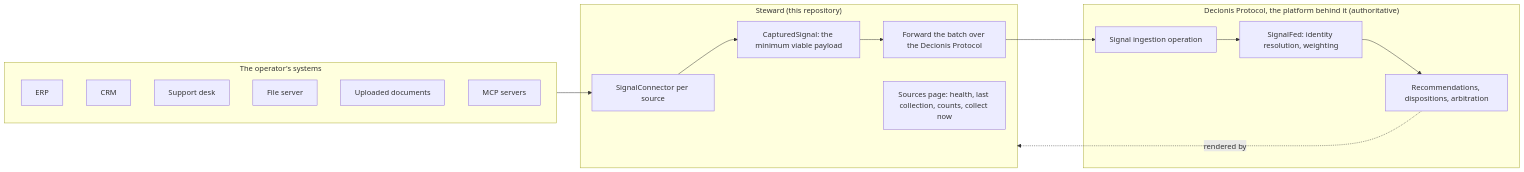
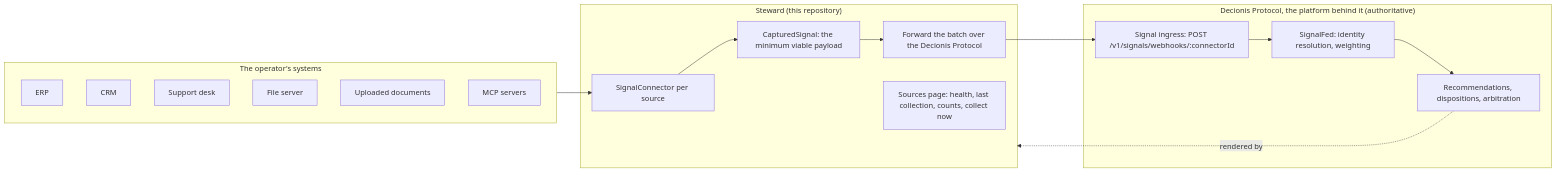
Before and after one commit to decionis/steward: the diagram in docs/SignalConnectors.md, drawn with Mermaid. The commit also changed other lines of this file and 24 other files, not shown here.

````diff
--- a/docs/SignalConnectors.md
+++ b/docs/SignalConnectors.md
@@ -39,18 +39,18 @@
 ```mermaid
 flowchart LR
   subgraph Sources["The operator's systems"]
     ERP[ERP] ; CRM[CRM] ; DESK[Support desk] ; FS[File server] ; UP[Uploaded documents] ; MCP[MCP servers]
   end
   subgraph Steward["Steward (this repository)"]
     C[SignalConnector per source] --> P[CapturedSignal: the minimum viable payload]
     P --> F[Forward the batch over the Decionis Protocol]
     H[Sources page: health, last collection, counts, collect now]
   end
   subgraph Platform["Decionis Protocol, the platform behind it (authoritative)"]
-    I[Signal ingestion operation] --> SF[SignalFed: identity resolution, weighting]
+    I["Signal ingress: POST /v1/signals/webhooks/:connectorId"] --> SF[SignalFed: identity resolution, weighting]
     SF --> R[Recommendations, dispositions, arbitration]
   end
   Sources --> C
   F --> I
   R -. rendered by .-> Steward
 ```
````
